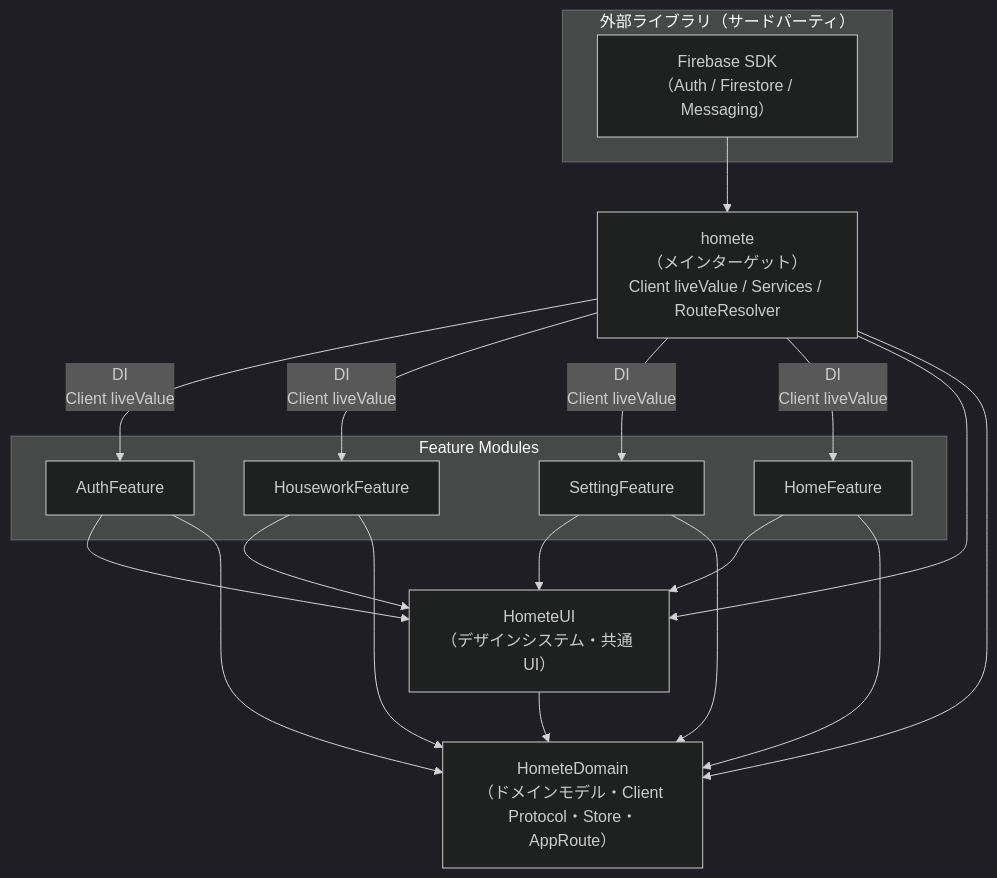
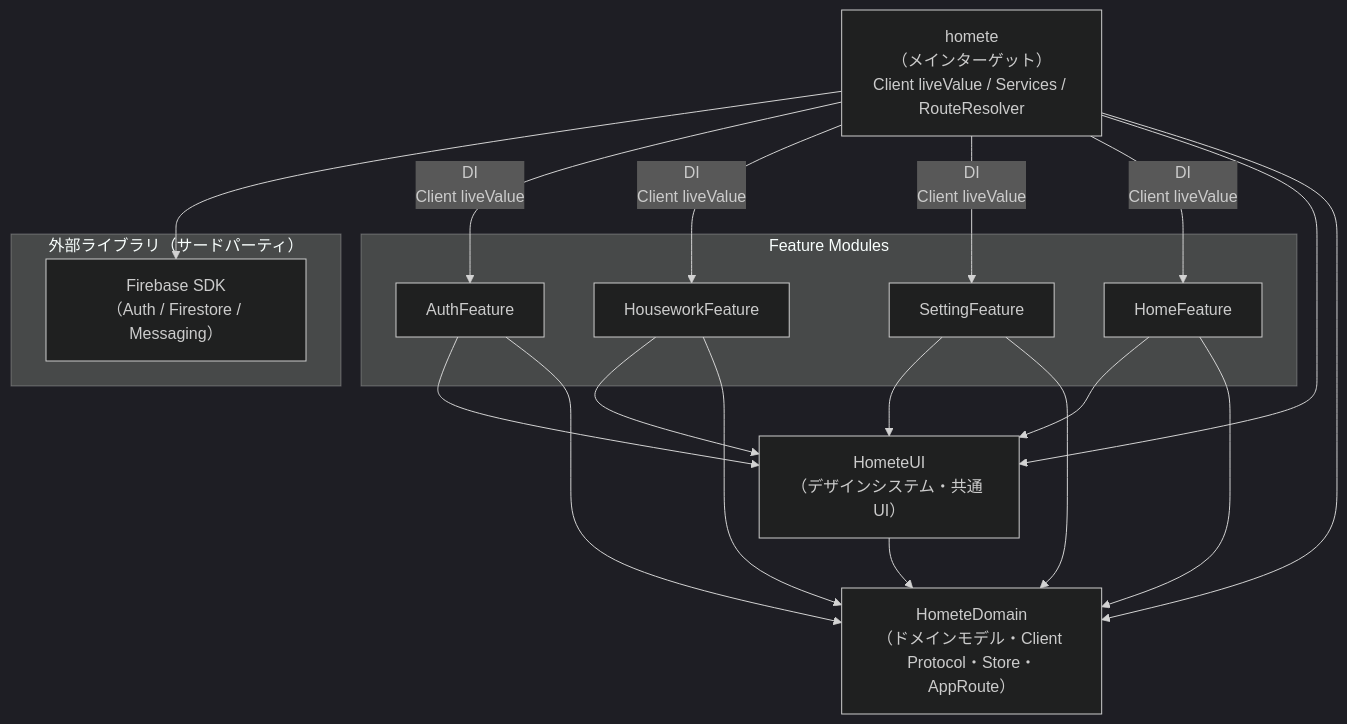
The diagram in doc/multimodules_structure.md (stotic-dev/homete_iOS), drawn with Mermaid (dark theme) before and after one commit.

Commit message:
refactor: 依存の方向を修正

````diff
--- a/doc/multimodules_structure.md
+++ b/doc/multimodules_structure.md
@@ -48,39 +48,39 @@
 ```mermaid
 graph TD
     subgraph ExternalLibs["外部ライブラリ（サードパーティ）"]
         Firebase["Firebase SDK\n（Auth / Firestore / Messaging）"]
     end
 
     homete["homete\n（メインターゲット）\nClient liveValue / Services / RouteResolver"]
 
     subgraph Features["Feature Modules"]
         AuthFeature
         HouseworkFeature
         SettingFeature
         HomeFeature
     end
 
     HometeUI["HometeUI\n（デザインシステム・共通 UI）"]
     HometeDomain["HometeDomain\n（ドメインモデル・Client Protocol・Store・AppRoute）"]
 
-    Firebase --> homete
+    homete --> Firebase
 
     homete -->|DI \n Client liveValue| AuthFeature
     homete -->|DI \n Client liveValue| HouseworkFeature
     homete -->|DI \n Client liveValue| SettingFeature
     homete -->|DI \n Client liveValue| HomeFeature
     homete --> HometeUI
     homete --> HometeDomain
 
     AuthFeature --> HometeUI
     HouseworkFeature --> HometeUI
     SettingFeature --> HometeUI
     HomeFeature --> HometeUI
 
     AuthFeature --> HometeDomain
     HouseworkFeature --> HometeDomain
     SettingFeature --> HometeDomain
     HomeFeature --> HometeDomain
 
     HometeUI --> HometeDomain
 ```
````
